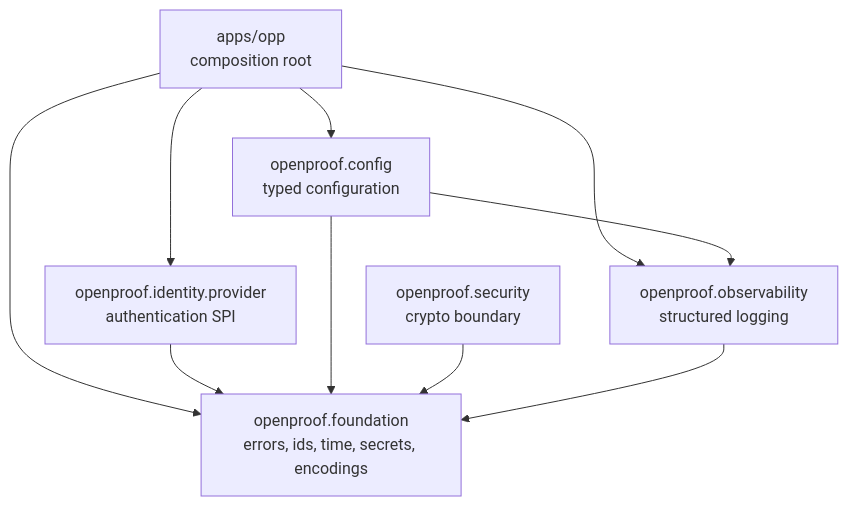
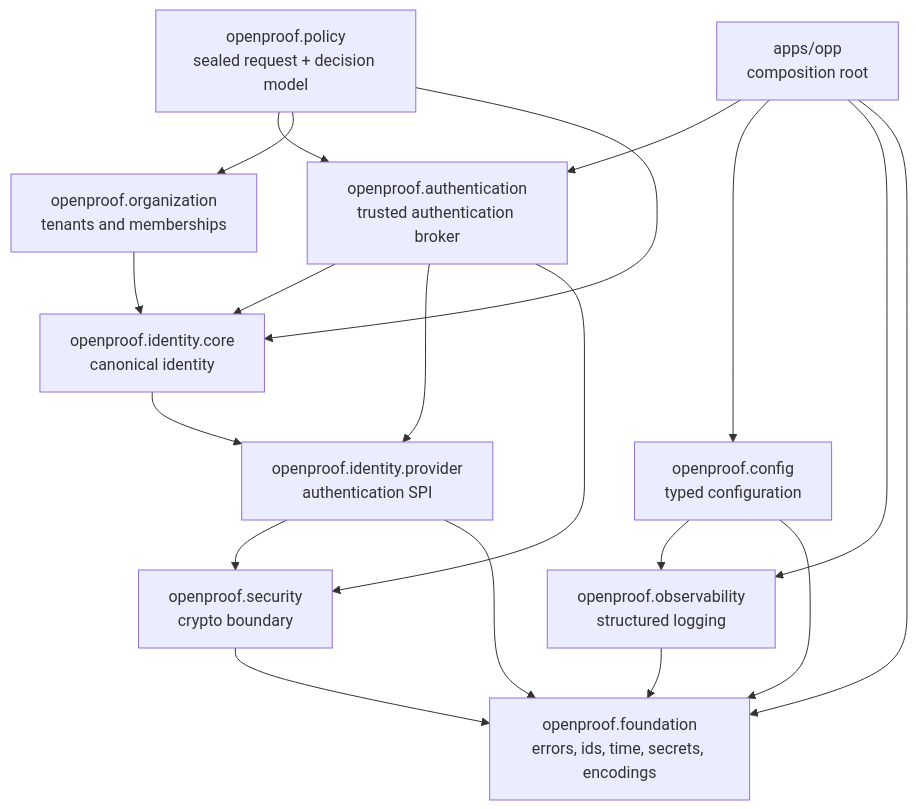
Before and after one commit to genyleap/openproof: the first of 2 diagrams in docs/01-ARCHITECTURE.md, drawn with Mermaid. The commit also changed other lines of this file and 24 other files, not shown here.

````diff
--- a/docs/01-ARCHITECTURE.md
+++ b/docs/01-ARCHITECTURE.md
@@ -16,21 +16,34 @@
 ```mermaid
 graph TD
     opp["apps/opp<br/>composition root"]
 
+    auth["openproof.authentication<br/>trusted authentication broker"]
     idp["openproof.identity.provider<br/>authentication SPI"]
+    core["openproof.identity.core<br/>canonical identity"]
+    org["openproof.organization<br/>tenants and memberships"]
+    policy["openproof.policy<br/>sealed request + decision model"]
     config["openproof.config<br/>typed configuration"]
     security["openproof.security<br/>crypto boundary"]
     obs["openproof.observability<br/>structured logging"]
     fnd["openproof.foundation<br/>errors, ids, time, secrets, encodings"]
 
-    opp --> idp
+    opp --> auth
     opp --> config
     opp --> obs
     opp --> fnd
 
+    policy --> auth
+    policy --> org
+    policy --> core
+    org --> core
+    core --> idp
+    auth --> core
+    auth --> idp
+    auth --> security
+    idp --> security
     idp --> fnd
     config --> obs
     config --> fnd
     security --> fnd
     obs --> fnd
 ```
````
